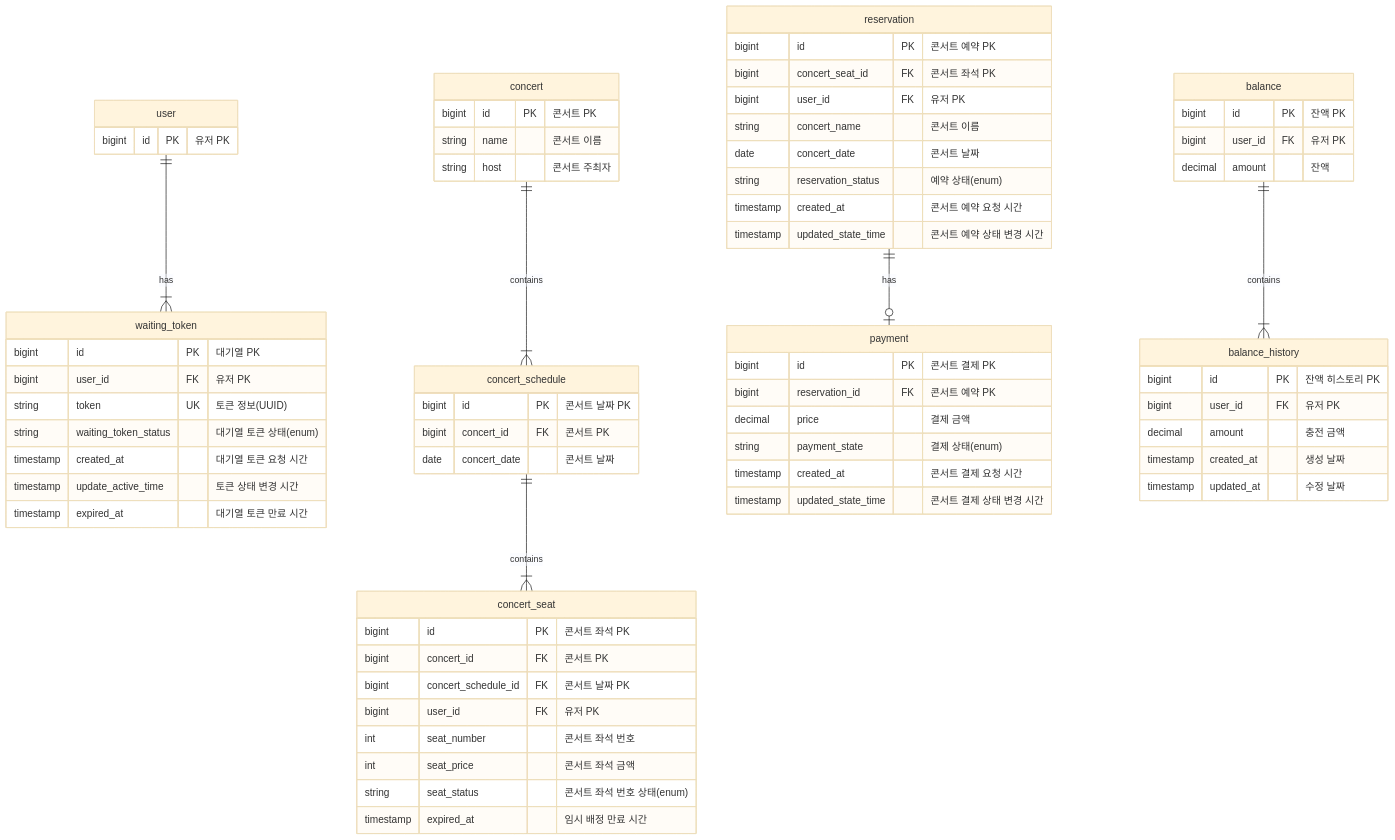
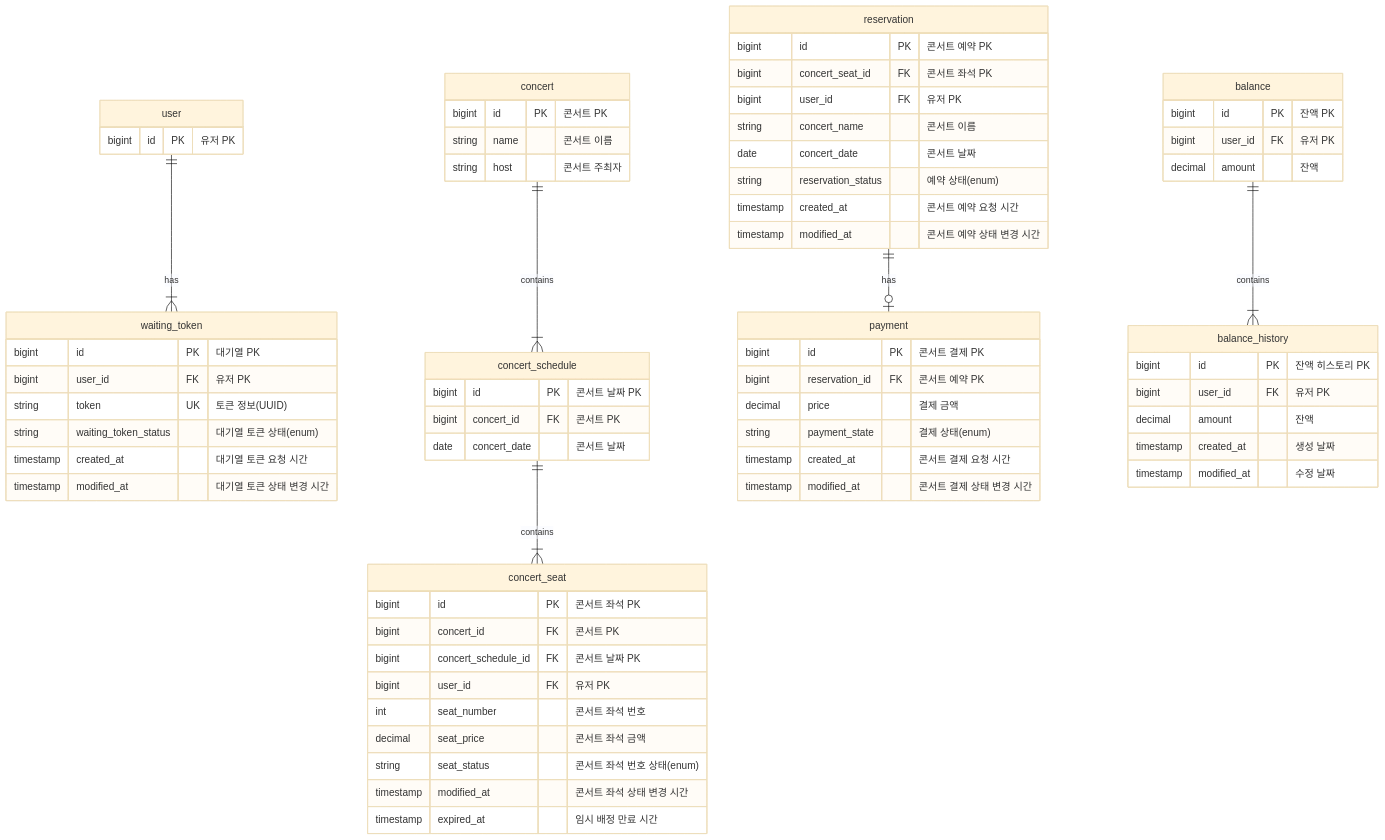
One commit to kdelay/Concert-Booking changed the first of 8 diagrams in README.md. Above: the diagram before and after it, drawn with Mermaid (base theme). The commit also changed 3 other files, not shown here.

Commit message:
docs: [#10] erd 상태 변경 필드 modified_at 통일

```diff
--- a/README.md
+++ b/README.md
@@ -93,8 +93,7 @@
         %% DEACTIVATE(비활성화), ACTIVATE(활성화), EXPIRED(만료됨)
         string waiting_token_status "대기열 토큰 상태(enum)"
         timestamp created_at "대기열 토큰 요청 시간"
-        timestamp update_active_time "토큰 상태 변경 시간"
-        timestamp expired_at "대기열 토큰 만료 시간"
+        timestamp modified_at "대기열 토큰 상태 변경 시간"
     }
 
     %% 콘서트
@@ -120,9 +119,10 @@
         bigint concert_schedule_id FK "콘서트 날짜 PK"
         bigint user_id FK "유저 PK"
         int seat_number "콘서트 좌석 번호"
-        int seat_price "콘서트 좌석 금액"
+        decimal seat_price "콘서트 좌석 금액"
         %% AVAILABLE(예약 가능), TEMPORARY(임시 좌석 배정중), RESERVED(예약됨)
         string seat_status "콘서트 좌석 번호 상태(enum)"
+        timestamp modified_at "콘서트 좌석 상태 변경 시간"
         timestamp expired_at "임시 배정 만료 시간"
     }
     
@@ -137,7 +137,7 @@
         %% RESERVING(예약중), RESERVED(예약됨), CANCELED(예약 취소)
         string reservation_status "예약 상태(enum)"
         timestamp created_at "콘서트 예약 요청 시간"
-        timestamp updated_state_time "콘서트 예약 상태 변경 시간"
+        timestamp modified_at "콘서트 예약 상태 변경 시간"
     }
     
     %% 결제
@@ -149,7 +149,7 @@
         %% COMPLETED(결제 완료), CANCELED(결제 취소)
         string payment_state "결제 상태(enum)"
         timestamp created_at "콘서트 결제 요청 시간"
-        timestamp updated_state_time "콘서트 결제 상태 변경 시간"
+        timestamp modified_at "콘서트 결제 상태 변경 시간"
     }
 
     %% 잔액
@@ -164,9 +164,9 @@
     balance_history {
         bigint id PK "잔액 히스토리 PK"
         bigint user_id FK "유저 PK"
-        decimal amount "충전 금액" 
+        decimal amount "잔액"
         timestamp created_at "생성 날짜"
-        timestamp updated_at "수정 날짜"
+        timestamp modified_at "수정 날짜"
     }
 
     user ||--|{ waiting_token : has
```
